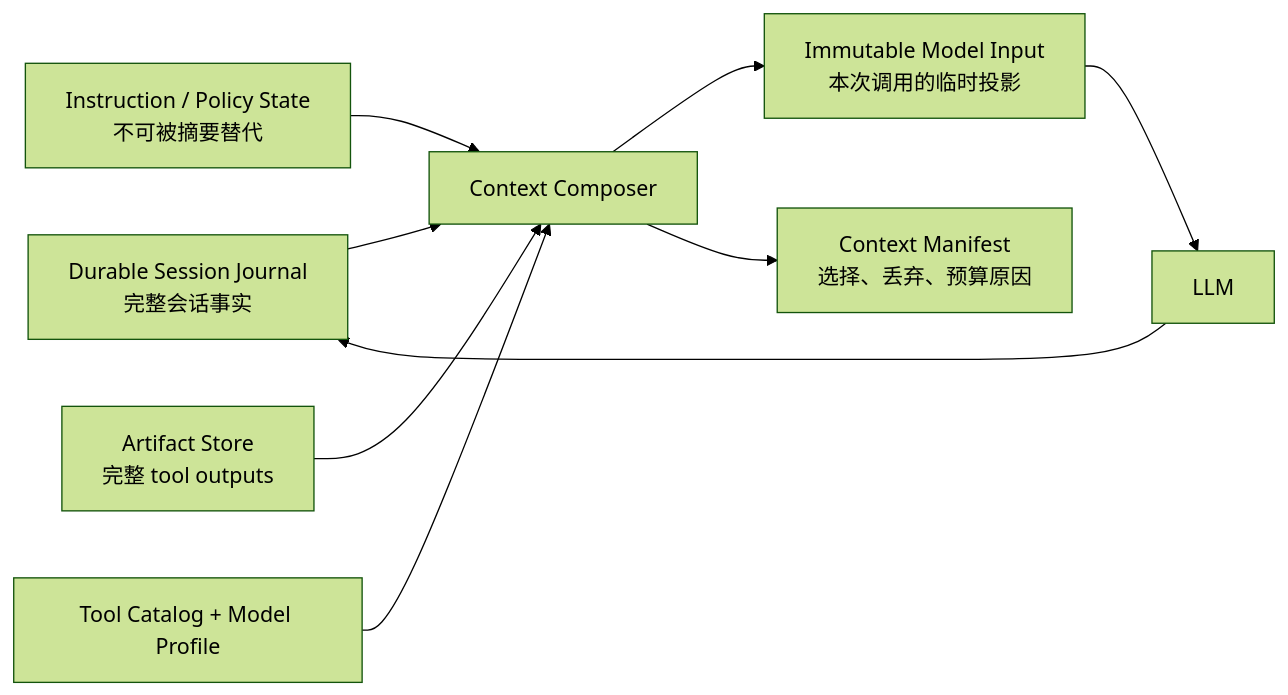
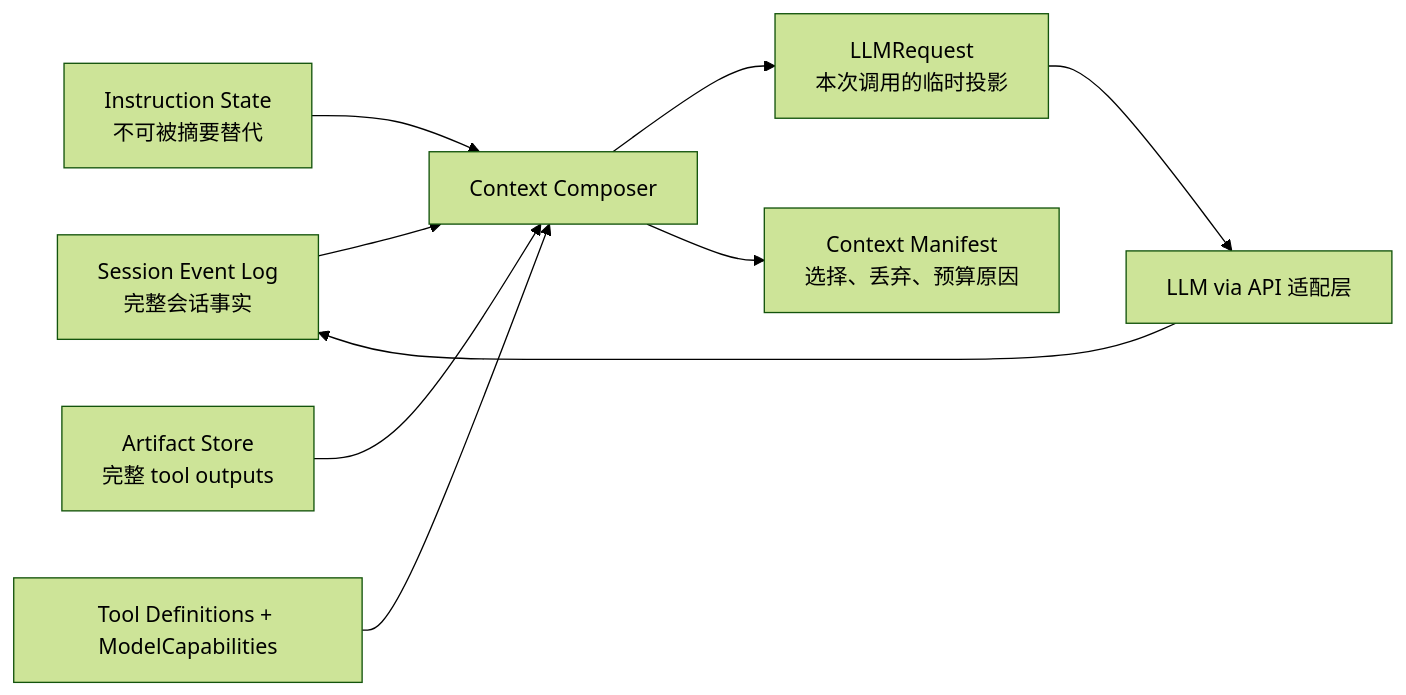
One commit to chendpoc/moontide changed the diagram in docs/context-window-analysis.md. Above: the diagram before and after it, drawn with Mermaid (forest theme). The commit also changed other lines of this file and 6 other files, not shown here.

First line of the commit message:
docs: align terminology with Session Event Log and Composer

````diff
--- a/docs/context-window-analysis.md
+++ b/docs/context-window-analysis.md
@@ -5,11 +5,11 @@
 ```mermaid
 flowchart LR
-    J["Durable Session Journal<br/>完整会话事实"] --> C["Context Composer"]
-    I["Instruction / Policy State<br/>不可被摘要替代"] --> C
+    SEL["Session Event Log<br/>完整会话事实"] --> C["Context Composer"]
+    I["Instruction State<br/>不可被摘要替代"] --> C
     A["Artifact Store<br/>完整 tool outputs"] --> C
-    T["Tool Catalog + Model Profile"] --> C
-    C --> P["Immutable Model Input<br/>本次调用的临时投影"]
+    TD["Tool Definitions + ModelCapabilities"] --> C
+    C --> P["LLMRequest<br/>本次调用的临时投影"]
     C --> M["Context Manifest<br/>选择、丢弃、预算原因"]
-    P --> L["LLM"]
-    L --> J
+    P --> L["LLM via API 适配层"]
+    L --> SEL
 ```
````
